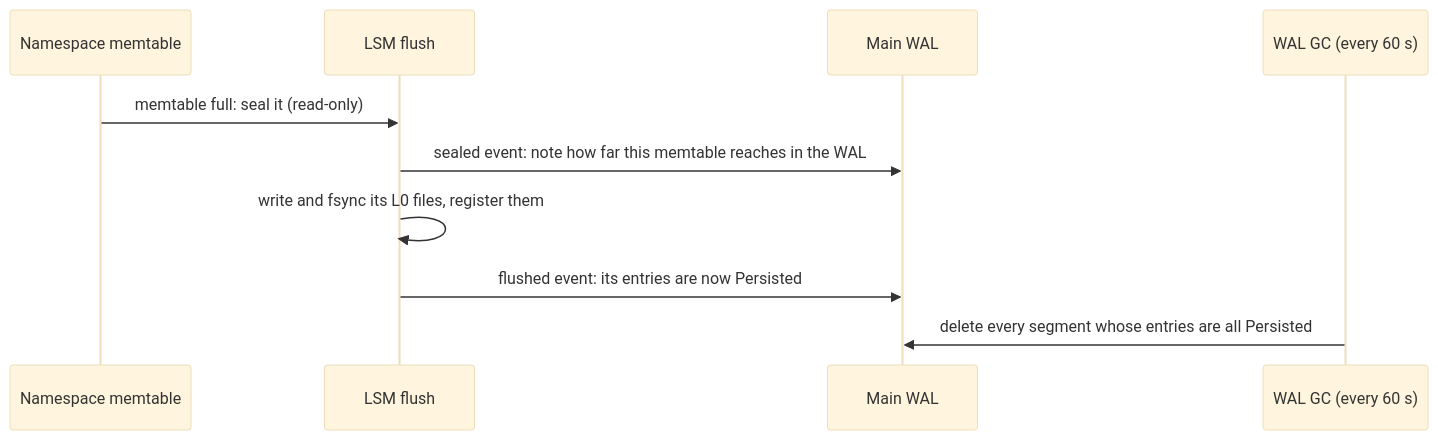
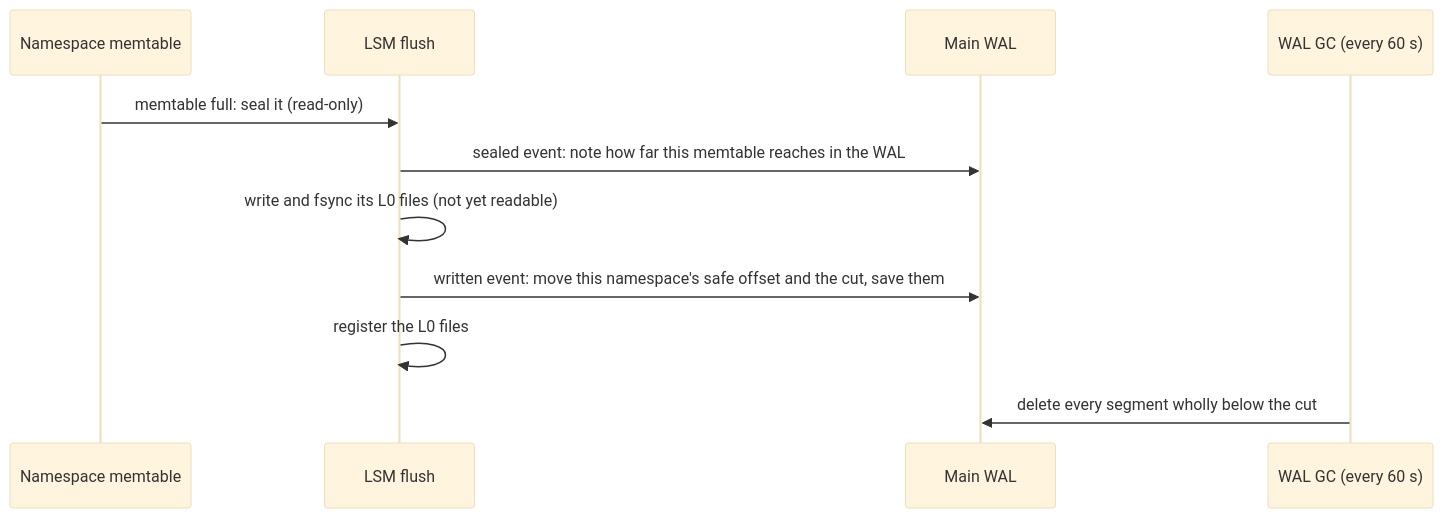
One commit to minnal0021/minnal changed the second of 4 diagrams in minnal_db/README.md. Above: the diagram before and after it, drawn with Mermaid (base theme). The commit also changed other lines of this file and 20 other files, not shown here.

First line of the commit message:
db: retire main-WAL entries by saved progress, not per-entry statuses (A1)

````diff
--- a/minnal_db/README.md
+++ b/minnal_db/README.md
@@ -325,12 +326,13 @@
 ```mermaid
 sequenceDiagram
     participant M as Namespace memtable
     participant F as LSM flush
     participant W as Main WAL
     participant G as WAL GC (every 60 s)
     M->>F: memtable full: seal it (read-only)
     F->>W: sealed event: note how far this memtable reaches in the WAL
-    F->>F: write and fsync its L0 files, register them
-    F->>W: flushed event: its entries are now Persisted
-    G->>W: delete every segment whose entries are all Persisted
+    F->>F: write and fsync its L0 files (not yet readable)
+    F->>W: written event: move this namespace's safe offset and the cut, save them
+    F->>F: register the L0 files
+    G->>W: delete every segment wholly below the cut
 ```
````
